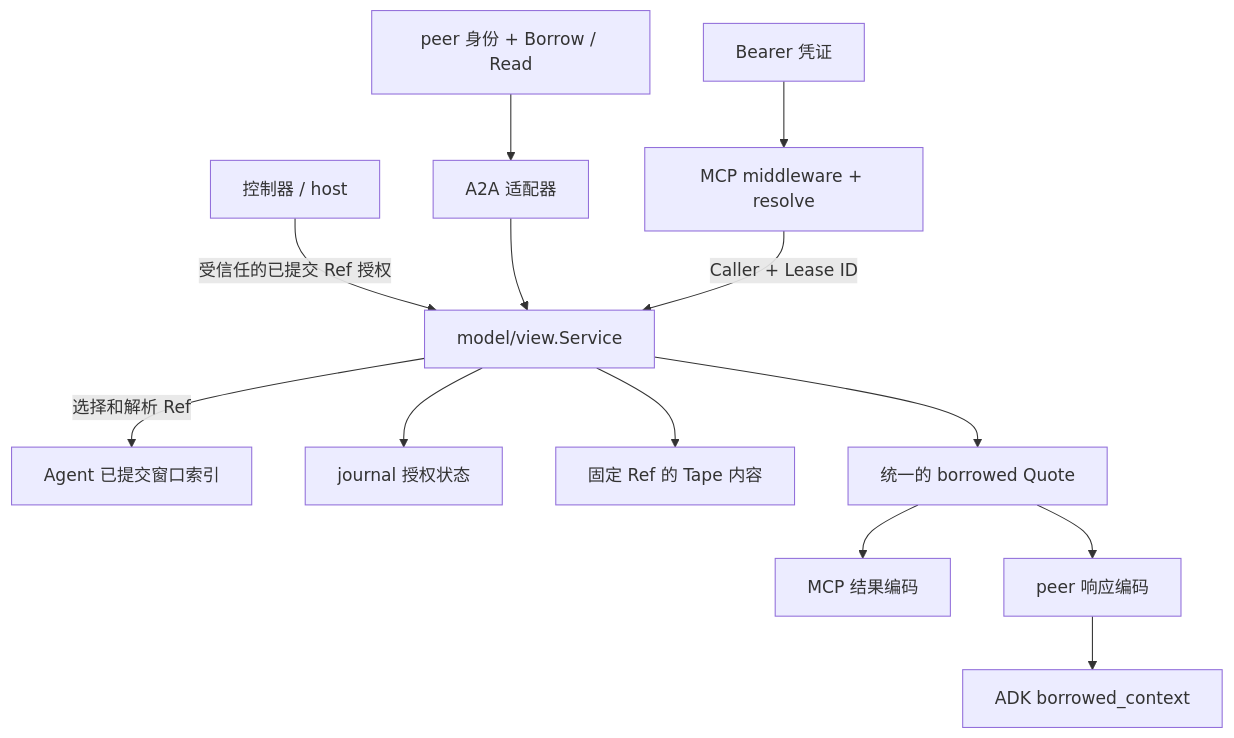
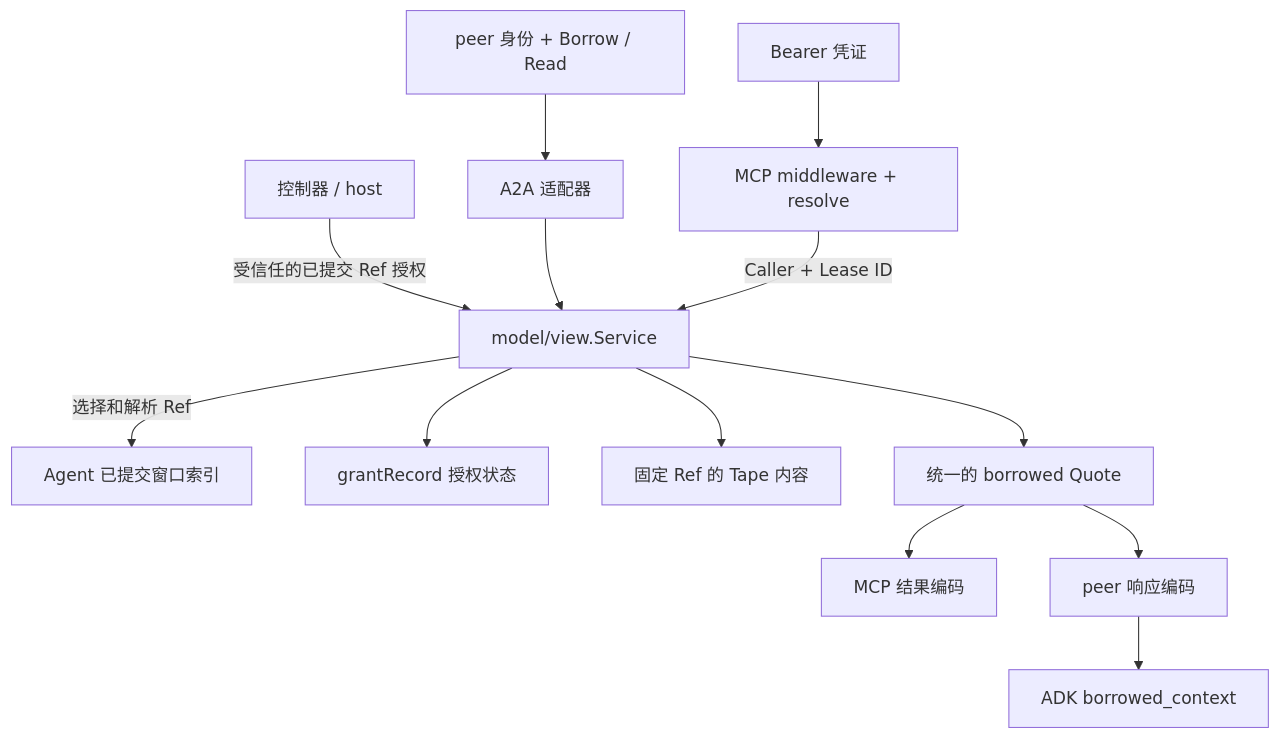
The second of 2 diagrams in docs/designs/shared-view-design.md (anra-studio/anra), drawn with Mermaid before and after one commit. The commit also changed other lines of this file and 1 other file, not shown here.

Commit message:
docs: rename grant persistence module to grantRecord

````diff
--- a/docs/designs/shared-view-design.md
+++ b/docs/designs/shared-view-design.md
@@ -125,15 +125,15 @@
 ```mermaid
 flowchart TD
     Controller[控制器 / host] -->|受信任的已提交 Ref 授权| Service[model/view.Service]
     Peer[peer 身份 + Borrow / Read] --> A2A[A2A 适配器]
     A2A --> Service
     Token[Bearer 凭证] --> MCP[MCP middleware + resolve]
     MCP -->|Caller + Lease ID| Service
     Service -->|选择和解析 Ref| Agent[Agent 已提交窗口索引]
-    Service --> Journal[journal 授权状态]
+    Service --> GrantRecord[grantRecord 授权状态]
     Service --> Tape[固定 Ref 的 Tape 内容]
     Service --> Quote[统一的 borrowed Quote]
     Quote --> MCPResponse[MCP 结果编码]
     Quote --> PeerResponse[peer 响应编码]
     PeerResponse --> Tool[ADK borrowed_context]
 ```
````
